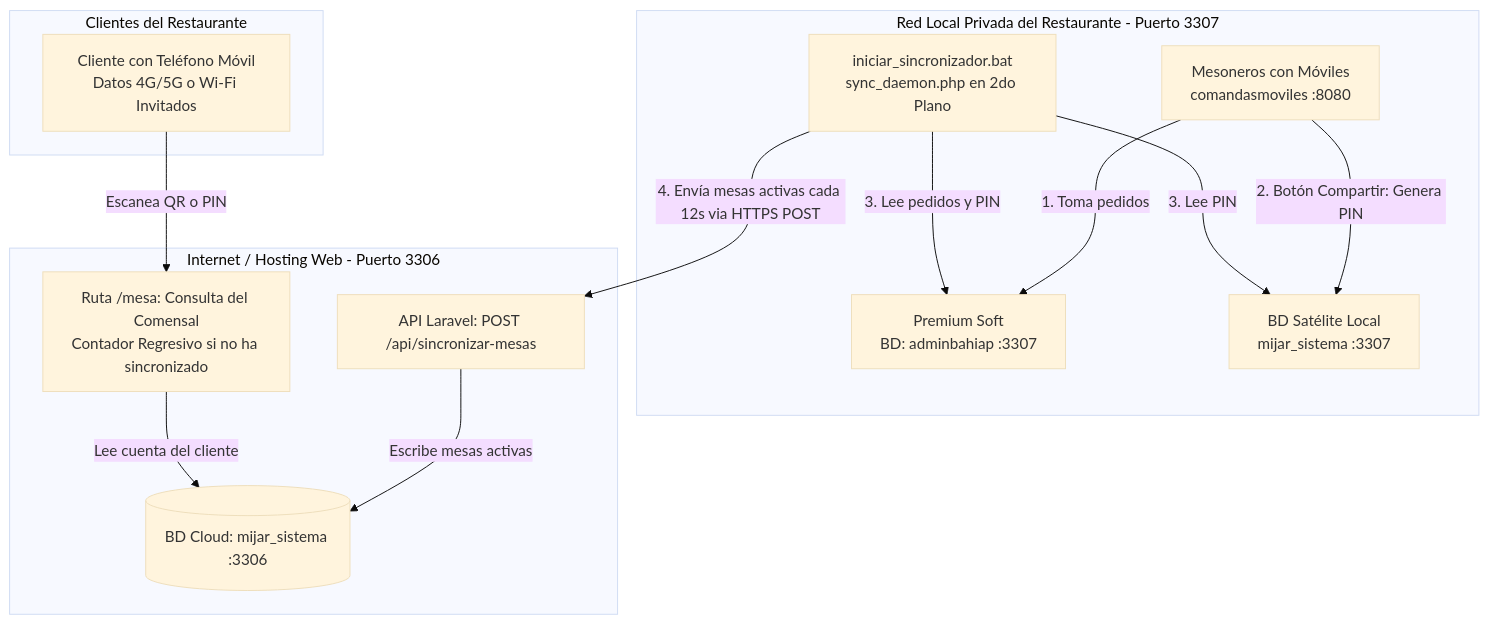
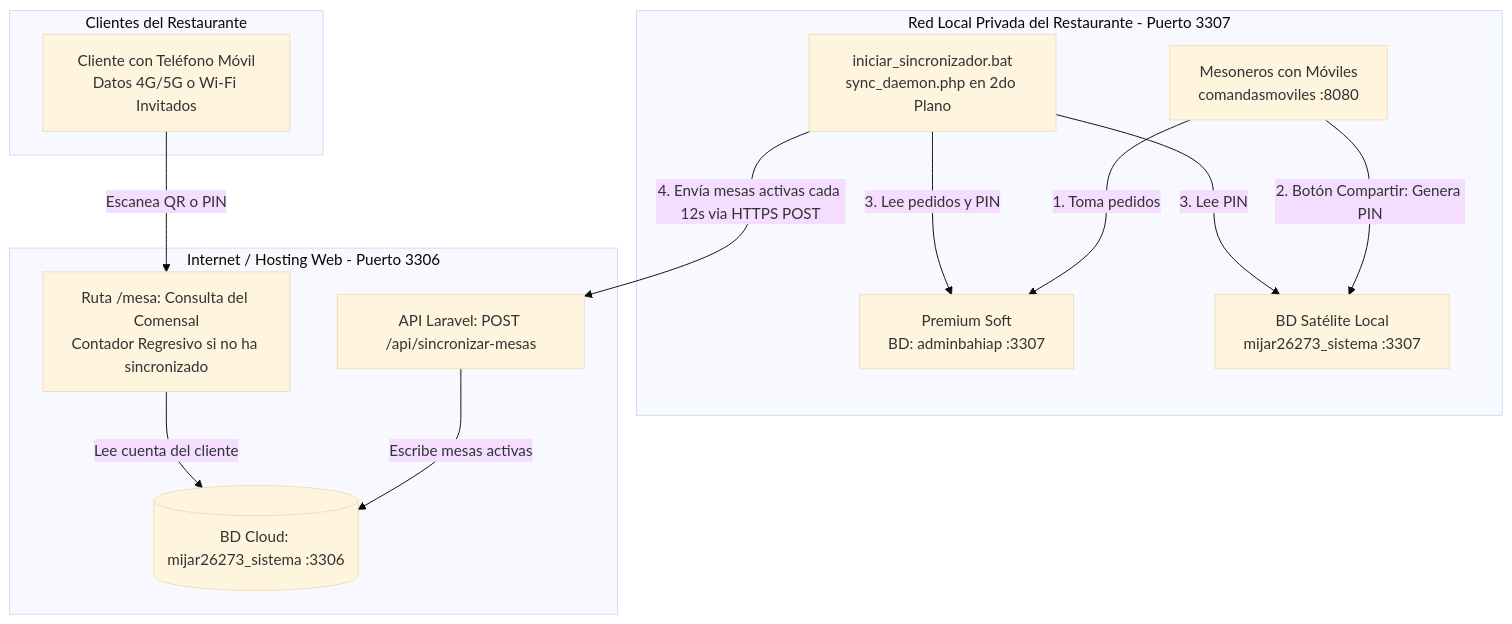
Before and after one commit to fjgroup/pskmovil: the first of 3 diagrams in docs/estudio_qr_pedidos_pagos.md, drawn with Mermaid (base theme). The commit also changed other lines of this file and 11 other files, not shown here.

````diff
--- a/docs/estudio_qr_pedidos_pagos.md
+++ b/docs/estudio_qr_pedidos_pagos.md
@@ -51,30 +51,30 @@
 ```mermaid
 flowchart TD
     subgraph RedLocal [Red Local Privada del Restaurante - Puerto 3307]
         PS[Premium Soft\nBD: adminbahiap :3307]
-        LocalSat[BD Satélite Local\nmijar_sistema :3307]
+        LocalSat[BD Satélite Local\nmijar26273_sistema :3307]
         Mesoneros[Mesoneros con Móviles\ncomandasmoviles :8080]
         BatSync[iniciar_sincronizador.bat\nsync_daemon.php en 2do Plano]
 
         Mesoneros -->|1. Toma pedidos| PS
         Mesoneros -->|2. Botón Compartir: Genera PIN| LocalSat
         BatSync -->|3. Lee pedidos y PIN| PS
         BatSync -->|3. Lee PIN| LocalSat
     end
 
     subgraph Internet [Internet / Hosting Web - Puerto 3306]
         WebAPI[API Laravel: POST /api/sincronizar-mesas]
-        CloudDB[(BD Cloud: mijar_sistema :3306)]
+        CloudDB[(BD Cloud: mijar26273_sistema :3306)]
         WebMesa[Ruta /mesa: Consulta del Comensal\nContador Regresivo si no ha sincronizado]
 
         WebAPI -->|Escribe mesas activas| CloudDB
         WebMesa -->|Lee cuenta del cliente| CloudDB
     end
 
     subgraph Clientes [Clientes del Restaurante]
         Comensal[Cliente con Teléfono Móvil\nDatos 4G/5G o Wi-Fi Invitados]
         Comensal -->|Escanea QR o PIN| WebMesa
     end
 
     BatSync -->|4. Envía mesas activas cada 12s via HTTPS POST| WebAPI
 ```
````
